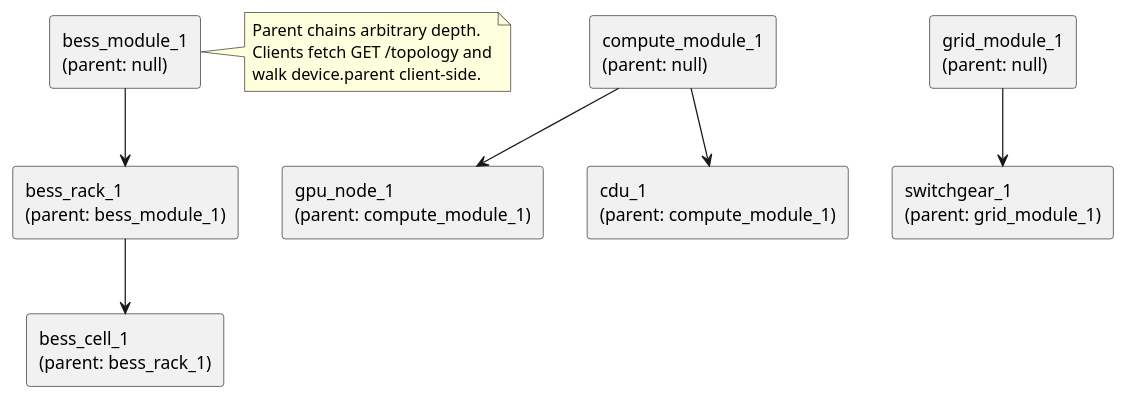
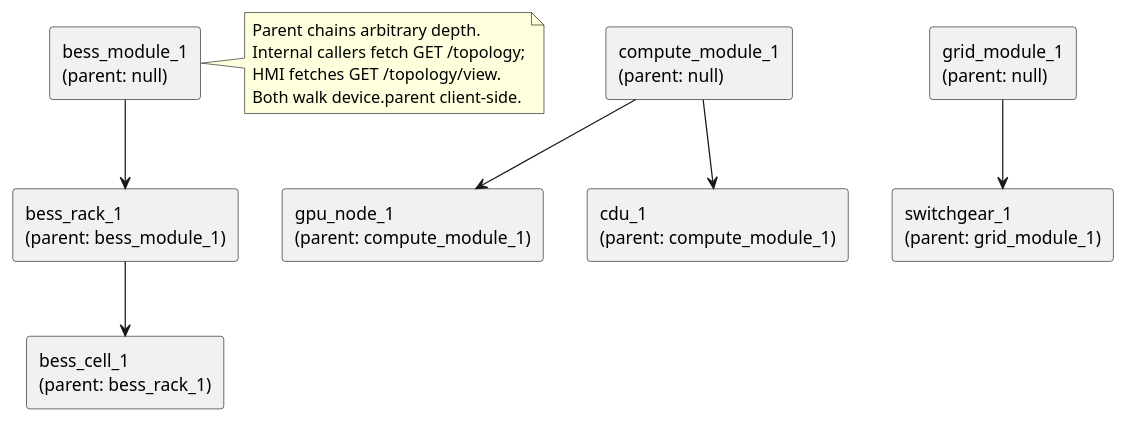
The first of 4 diagrams in readme.md (arcnode-io/ems-device-api), drawn with PlantUML before and after one commit. The commit also changed other lines of this file, not shown here.

````diff
--- a/readme.md
+++ b/readme.md
@@ -18,22 +18,23 @@
 ```plantuml
 rectangle "compute_module_1\n(parent: null)" as cm
 rectangle "grid_module_1\n(parent: null)" as gm
 rectangle "bess_module_1\n(parent: null)" as bm
 rectangle "gpu_node_1\n(parent: compute_module_1)" as n1
 rectangle "cdu_1\n(parent: compute_module_1)" as cdu
 rectangle "switchgear_1\n(parent: grid_module_1)" as sw
 rectangle "bess_rack_1\n(parent: bess_module_1)" as br
 rectangle "bess_cell_1\n(parent: bess_rack_1)" as bc
 
 cm -d-> n1
 cm -d-> cdu
 gm -d-> sw
 bm -d-> br
 br -d-> bc
 
 note right of bm
   Parent chains arbitrary depth.
-  Clients fetch GET /topology and
-  walk device.parent client-side.
+  Internal callers fetch GET /topology;
+  HMI fetches GET /topology/view.
+  Both walk device.parent client-side.
 end note
 ```
````
